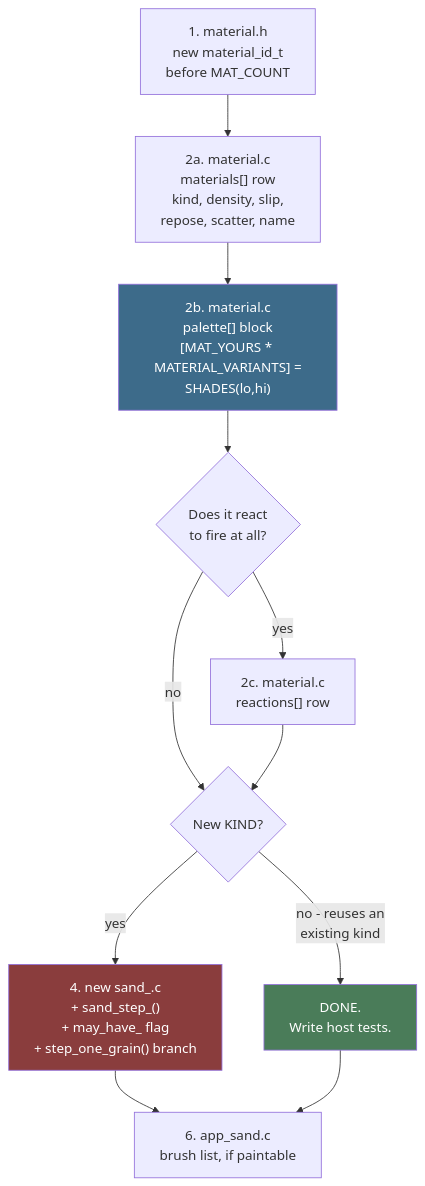
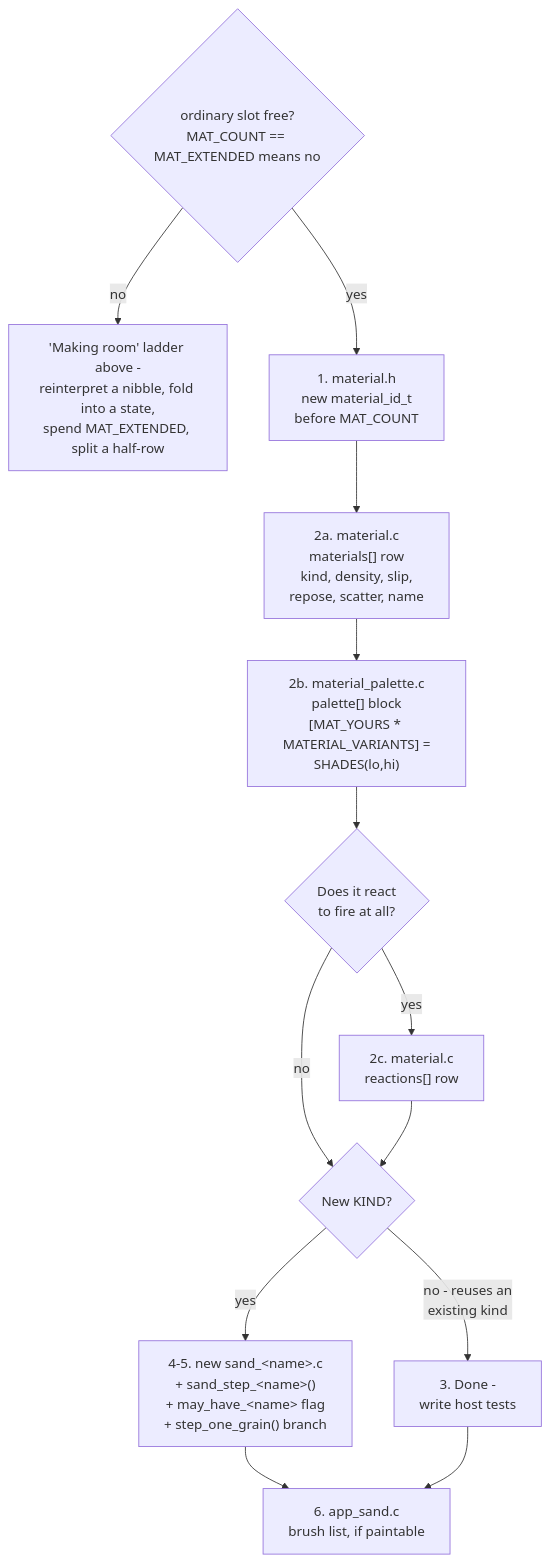
Before and after one commit to jose-villegas/autana: the diagram in docs/sand/Adding-a-Material.md, drawn with Mermaid. The commit also changed other lines of this file and 4 other files, not shown here.

````diff
--- a/docs/sand/Adding-a-Material.md
+++ b/docs/sand/Adding-a-Material.md
@@ -337,20 +307,16 @@
 ```mermaid
 flowchart TD
-    A["1. material.h\nnew material_id_t\nbefore MAT_COUNT"] --> B["2a. material.c\nmaterials[] row\nkind, density, slip,\nrepose, scatter, name"]
-    B --> C["2b. material.c
-palette[] block
-[MAT_YOURS * MATERIAL_VARIANTS] =
-SHADES(lo,hi)"]
-    C --> D{"Does it react\nto fire at all?"}
-    D -- yes --> E["2c. material.c\nreactions[] row"]
-    D -- no --> F
+    Slot{"ordinary slot free?<br/>MAT_COUNT == MAT_EXTENDED means no"}
+    Slot -->|no| Room["'Making room' ladder above -<br/>reinterpret a nibble, fold into a state,<br/>spend MAT_EXTENDED, split a half-row"]
+    Slot -->|yes| A["1. material.h<br/>new material_id_t<br/>before MAT_COUNT"]
+    A --> B["2a. material.c<br/>materials[] row<br/>kind, density, slip,<br/>repose, scatter, name"]
+    B --> C["2b. material_palette.c<br/>palette[] block<br/>[MAT_YOURS * MATERIAL_VARIANTS] =<br/>SHADES(lo,hi)"]
+    C --> D{"Does it react<br/>to fire at all?"}
+    D -->|yes| E["2c. material.c<br/>reactions[] row"]
+    D -->|no| F
     E --> F{"New KIND?"}
-    F -- "no - reuses an\nexisting kind" --> G["DONE.\nWrite host tests."]
-    F -- yes --> H["4. new sand_<name>.c\n+ sand_step_<name>()\n+ may_have_<name> flag\n+ step_one_grain() branch"]
-    H --> I["6. app_sand.c\nbrush list, if paintable"]
+    F -->|"no - reuses an<br/>existing kind"| G["3. Done -<br/>write host tests"]
+    F -->|yes| H["4-5. new sand_&lt;name&gt;.c<br/>+ sand_step_&lt;name&gt;()<br/>+ may_have_&lt;name&gt; flag<br/>+ step_one_grain() branch"]
+    H --> I["6. app_sand.c<br/>brush list, if paintable"]
     G --> I
-
-    style G fill:#4a7c59,color:#fff
-    style H fill:#8a3d3d,color:#fff
-    style C fill:#3d6b8a,color:#fff
 ```
````
